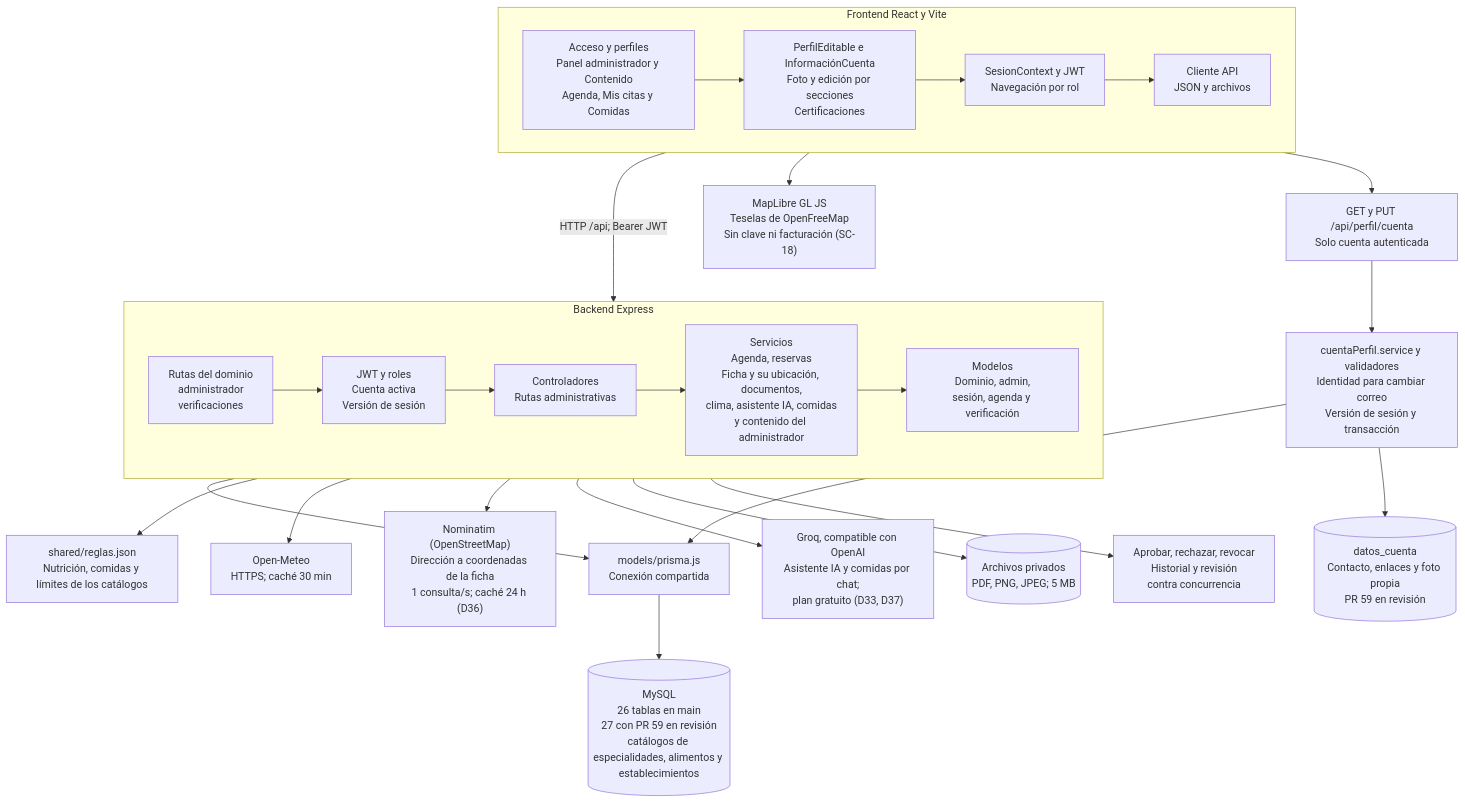
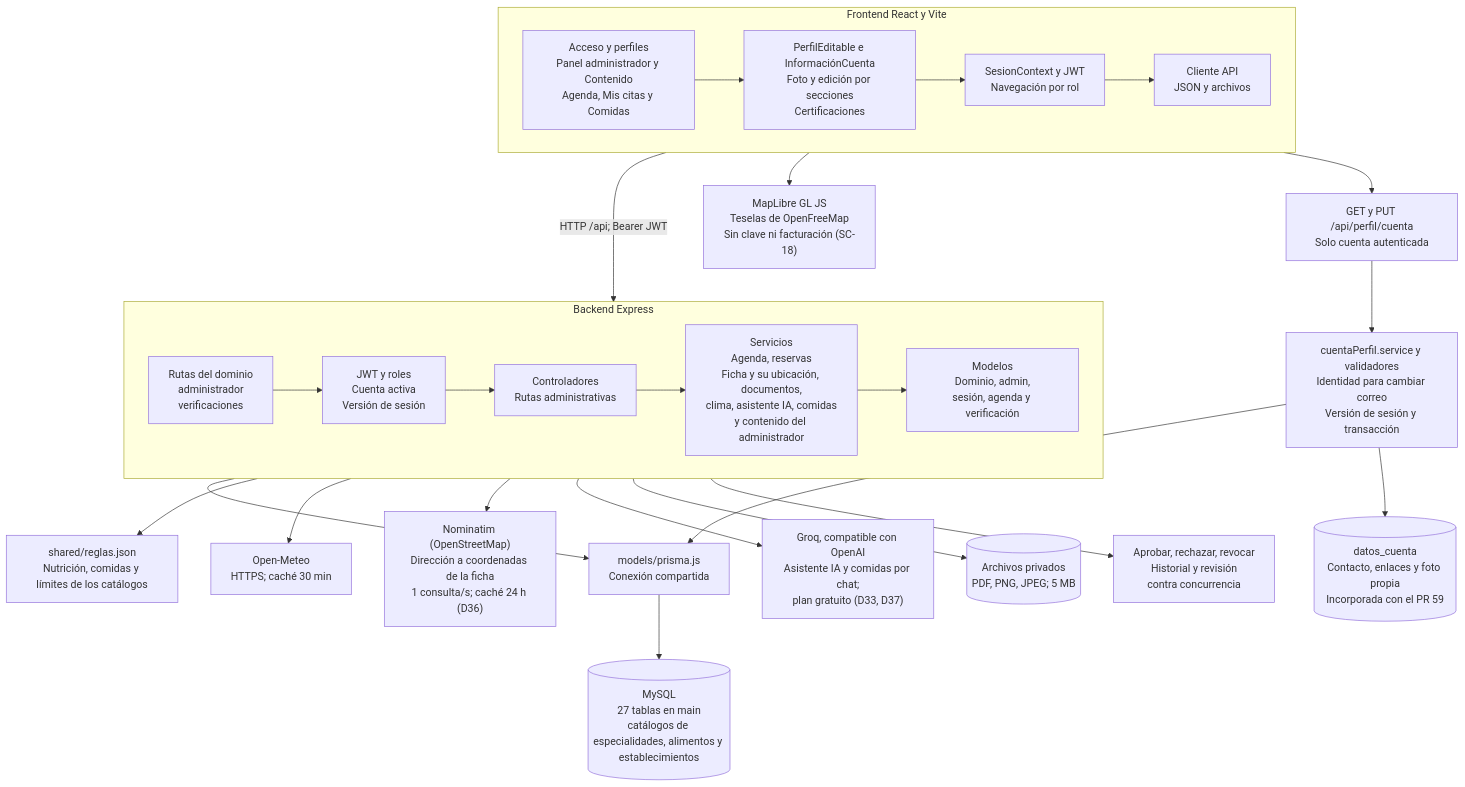
The diagram in FASE 2/Evidencias Proyecto/Evidencias de documentación/Diagramas (Miro)/Actualización Sprint 3/07_Vista_de_Desarrollo.mmd (ncxlas/FitSearch), drawn with Mermaid before and after one commit. The commit also changed 29 other files, not shown here.

First line of the commit message:
Actualiza los rótulos del PR 59 en los diagramas y en el DAS

```diff
--- a/FASE 2/Evidencias Proyecto/Evidencias de documentación/Diagramas (Miro)/Actualización Sprint 3/07_Vista_de_Desarrollo.mmd
+++ b/FASE 2/Evidencias Proyecto/Evidencias de documentación/Diagramas (Miro)/Actualización Sprint 3/07_Vista_de_Desarrollo.mmd
@@ -1,32 +1,32 @@
 flowchart TB
   subgraph SPA[Frontend React y Vite]
     direction LR
     P["Acceso y perfiles<br/>Panel administrador y Contenido<br/>Agenda, Mis citas y Comidas"]
     C["PerfilEditable e InformaciónCuenta<br/>Foto y edición por secciones<br/>Certificaciones"]
     S["SesionContext y JWT<br/>Navegación por rol"]
     A["Cliente API<br/>JSON y archivos"]
     P --> C --> S --> A
   end
   subgraph API[Backend Express]
     direction LR
     R["Rutas del dominio<br/>administrador<br/>verificaciones"]
     M["JWT y roles<br/>Cuenta activa<br/>Versión de sesión"]
     K["Controladores<br/>Rutas administrativas"]
     V["Servicios<br/>Agenda, reservas<br/>Ficha y su ubicación, documentos,<br/>clima, asistente IA, comidas<br/>y contenido del administrador"]
     D["Modelos<br/>Dominio, admin,<br/>sesión, agenda y verificación"]
     R --> M --> K --> V --> D
   end
   SPA -->|"HTTP /api; Bearer JWT"| API
   API --> PR["models/prisma.js<br/>Conexión compartida"]
-  PR --> DB[("MySQL<br/>26 tablas en main<br/>27 con PR 59 en revisión<br/>catálogos de especialidades, alimentos y establecimientos")]
+  PR --> DB[("MySQL<br/>27 tablas en main<br/>catálogos de especialidades, alimentos y establecimientos")]
   API --> G["shared/reglas.json<br/>Nutrición, comidas y límites de los catálogos"]
   API --> O["Open-Meteo<br/>HTTPS; caché 30 min"]
   API --> NM["Nominatim (OpenStreetMap)<br/>Dirección a coordenadas de la ficha<br/>1 consulta/s; caché 24 h (D36)"]
   API --> IA["Groq, compatible con OpenAI<br/>Asistente IA y comidas por chat;<br/>plan gratuito (D33, D37)"]
   API --> F[("Archivos privados<br/>PDF, PNG, JPEG; 5 MB")]
   API --> N["Aprobar, rechazar, revocar<br/>Historial y revisión<br/>contra concurrencia"]
   SPA --> GM["MapLibre GL JS<br/>Teselas de OpenFreeMap<br/>Sin clave ni facturación (SC-18)"]
   SPA --> CP["GET y PUT /api/perfil/cuenta<br/>Solo cuenta autenticada"]
   CP --> CT["cuentaPerfil.service y validadores<br/>Identidad para cambiar correo<br/>Versión de sesión y transacción"]
   CT --> PR
-  CT --> DC[("datos_cuenta<br/>Contacto, enlaces y foto propia<br/>PR 59 en revisión")]
+  CT --> DC[("datos_cuenta<br/>Contacto, enlaces y foto propia<br/>Incorporada con el PR 59")]
```
